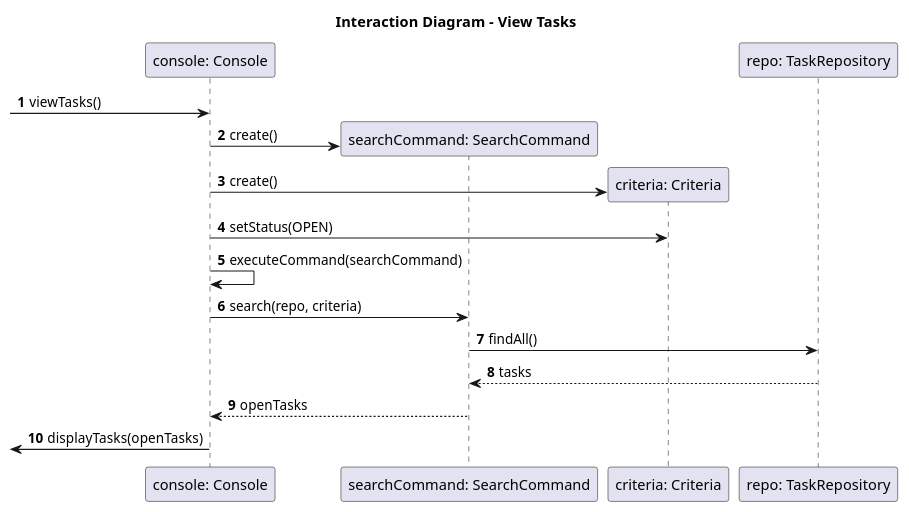
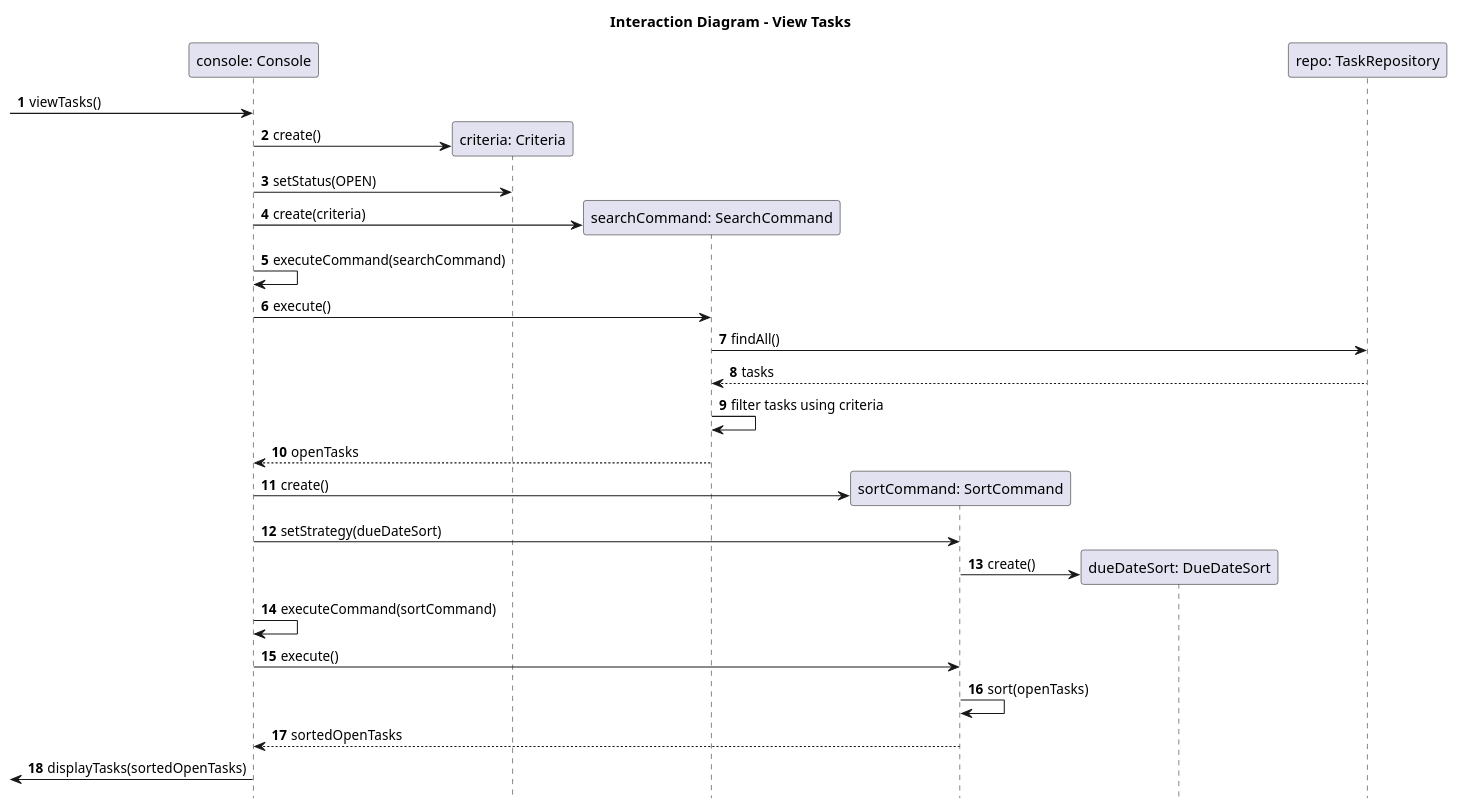
The diagram in Iteration_02/Interaction Diagram/view_task_sd.plantuml (t-mandam/SOEN_342_Group_Project), drawn with PlantUML before and after one commit. The commit also changed 7 other files, not shown here.

First line of the commit message:
Updated interaction diagrams

```diff
--- a/Iteration_02/Interaction Diagram/view_task_sd.plantuml
+++ b/Iteration_02/Interaction Diagram/view_task_sd.plantuml
@@ -1,24 +1,43 @@
 @startuml
-title Interaction Diagram - View Tasks 
+title Interaction Diagram - View Tasks
 autonumber
+hide footbox
 
 participant "console: Console" as console
+participant "criteria: Criteria" as criteria
 participant "searchCommand: SearchCommand" as searchCommand
-participant "criteria: Criteria" as criteria
+participant "sortCommand: SortCommand" as sortCommand
+participant "dueDateSort: DueDateSort" as dueDateSort
 participant "repo: TaskRepository" as repo
 
 [-> console : viewTasks()
-create searchCommand
-console -> searchCommand : create()
+
 create criteria
 console -> criteria : create()
 console -> criteria : setStatus(OPEN)
 
+create searchCommand
+console -> searchCommand : create(criteria)
+
 console -> console : executeCommand(searchCommand)
-console -> searchCommand : search(repo, criteria)
+console -> searchCommand : execute()
 searchCommand -> repo : findAll()
 repo --> searchCommand : tasks
+searchCommand -> searchCommand : filter tasks using criteria
+searchCommand --> console : openTasks
 
-searchCommand --> console : openTasks
-[<- console : displayTasks(openTasks)
+create sortCommand
+console -> sortCommand : create()
+console -> sortCommand : setStrategy(dueDateSort)
+
+create dueDateSort
+sortCommand -> dueDateSort : create()
+
+console -> console : executeCommand(sortCommand)
+console -> sortCommand : execute()
+sortCommand -> sortCommand : sort(openTasks)
+sortCommand --> console : sortedOpenTasks
+
+[<- console : displayTasks(sortedOpenTasks)
+
 @enduml
```
